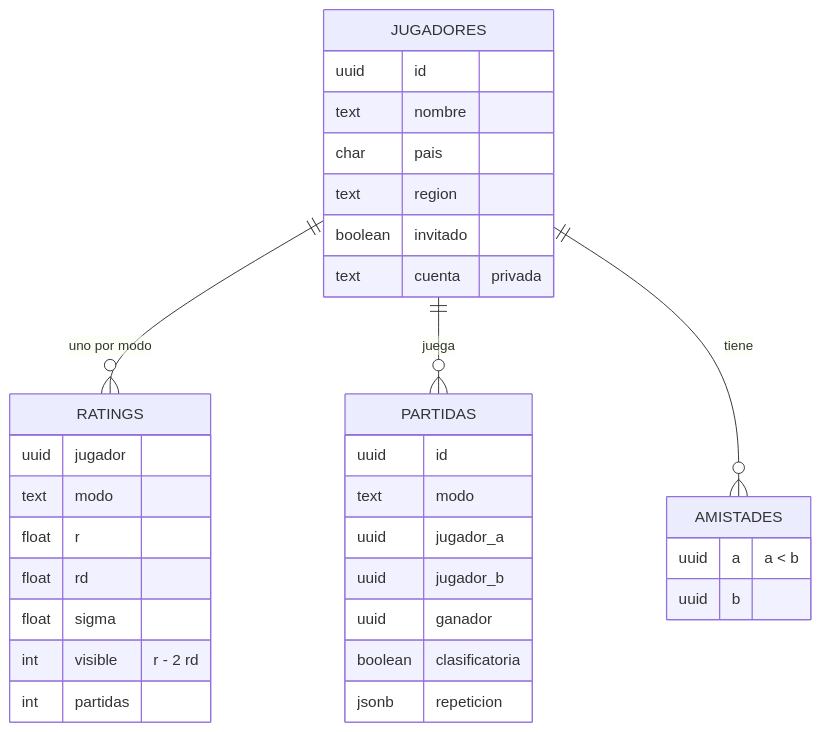
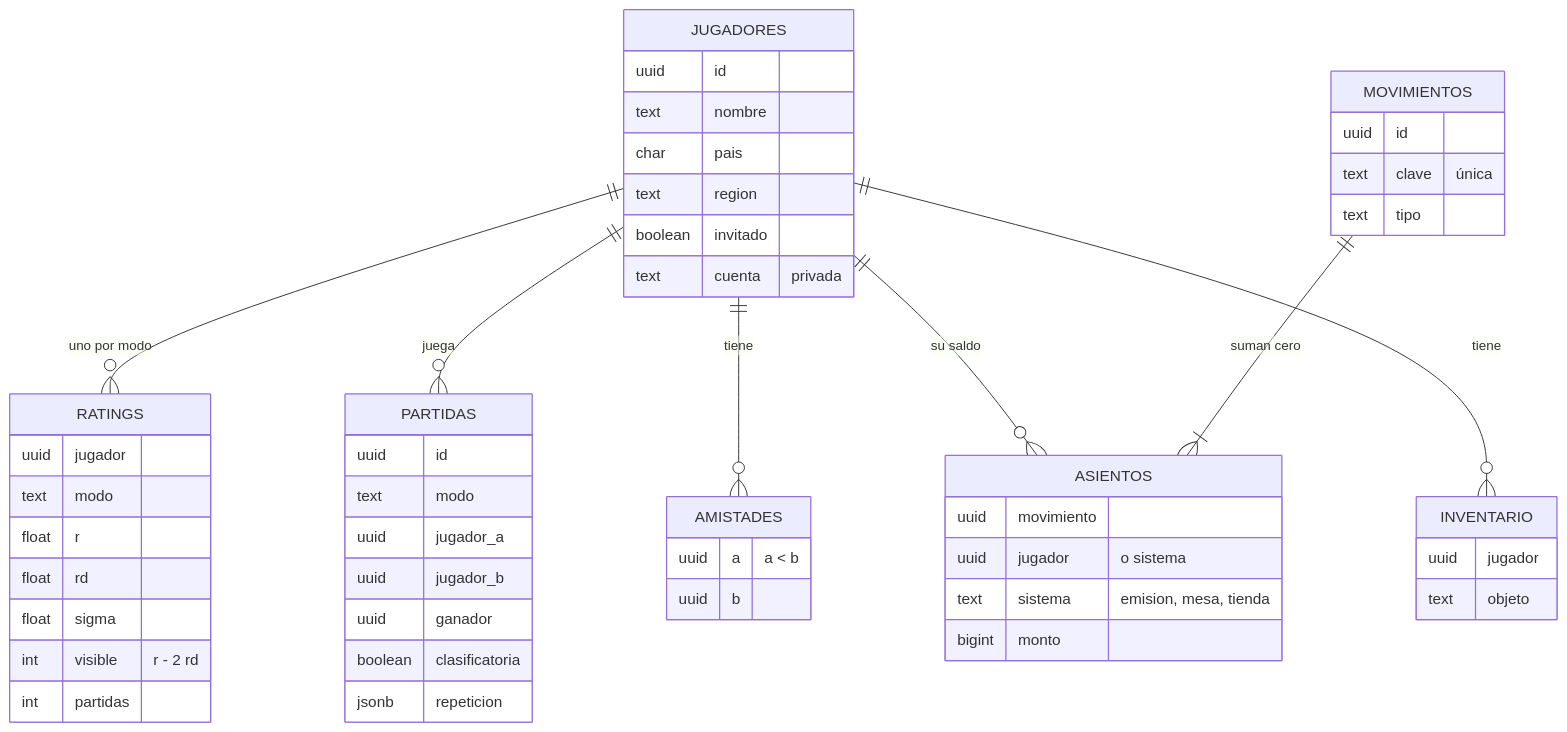
Before and after one commit to Juan-Carlos-Estevez-Vargas/Tacazo: the fourth of 11 diagrams in docs/DIAGRAMAS.md, drawn with Mermaid. The commit also changed other lines of this file and 18 other files, not shown here.

````diff
--- a/docs/DIAGRAMAS.md
+++ b/docs/DIAGRAMAS.md
@@ -76,36 +76,54 @@
 ```mermaid
 erDiagram
   JUGADORES ||--o{ RATINGS : "uno por modo"
   JUGADORES ||--o{ PARTIDAS : juega
   JUGADORES ||--o{ AMISTADES : tiene
   JUGADORES {
     uuid id
     text nombre
     char pais
     text region
     boolean invitado
     text cuenta "privada"
   }
   RATINGS {
     uuid jugador
     text modo
     float r
     float rd
     float sigma
     int visible "r - 2 rd"
     int partidas
   }
   PARTIDAS {
     uuid id
     text modo
     uuid jugador_a
     uuid jugador_b
     uuid ganador
     boolean clasificatoria
     jsonb repeticion
   }
   AMISTADES {
     uuid a "a < b"
     uuid b
   }
+  JUGADORES ||--o{ ASIENTOS : "su saldo"
+  MOVIMIENTOS ||--|{ ASIENTOS : "suman cero"
+  JUGADORES ||--o{ INVENTARIO : tiene
+  MOVIMIENTOS {
+    uuid id
+    text clave "única"
+    text tipo
+  }
+  ASIENTOS {
+    uuid movimiento
+    uuid jugador "o sistema"
+    text sistema "emision, mesa, tienda"
+    bigint monto
+  }
+  INVENTARIO {
+    uuid jugador
+    text objeto
+  }
 ```
````
